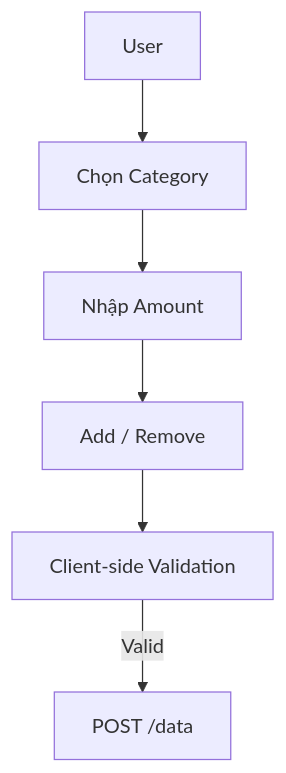
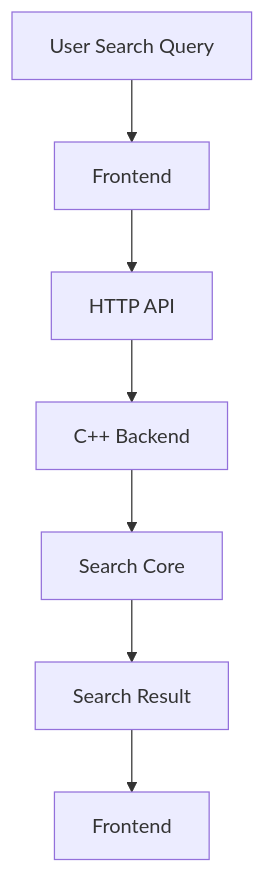
The second of 3 diagrams in README.md (D-an-DASA/warehouse_-_order_management), drawn with Mermaid before and after one commit. The commit also changed other lines of this file, not shown here.

````diff
--- a/README.md
+++ b/README.md
@@ -124,8 +382,10 @@
 ```mermaid
 flowchart TD
-    A["User"] --> B["Chọn Category"]
-    B --> C["Nhập Amount"]
-    C --> D["Add / Remove"]
-    D --> E["Client-side Validation"]
-    E -->|"Valid"| F["POST /data"]
+
+    A["User Search Query"] --> B["Frontend"]
+    B --> C["HTTP API"]
+    C --> D["C++ Backend"]
+    D --> E["Search Core"]
+    E --> F["Search Result"]
+    F --> G["Frontend"]
 ```
````
